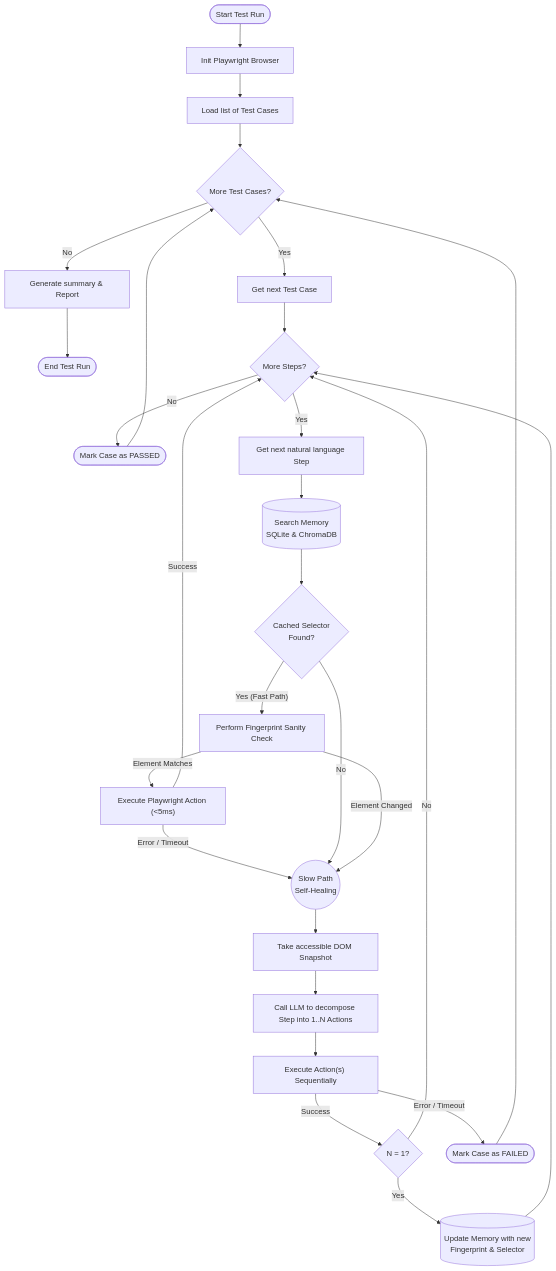
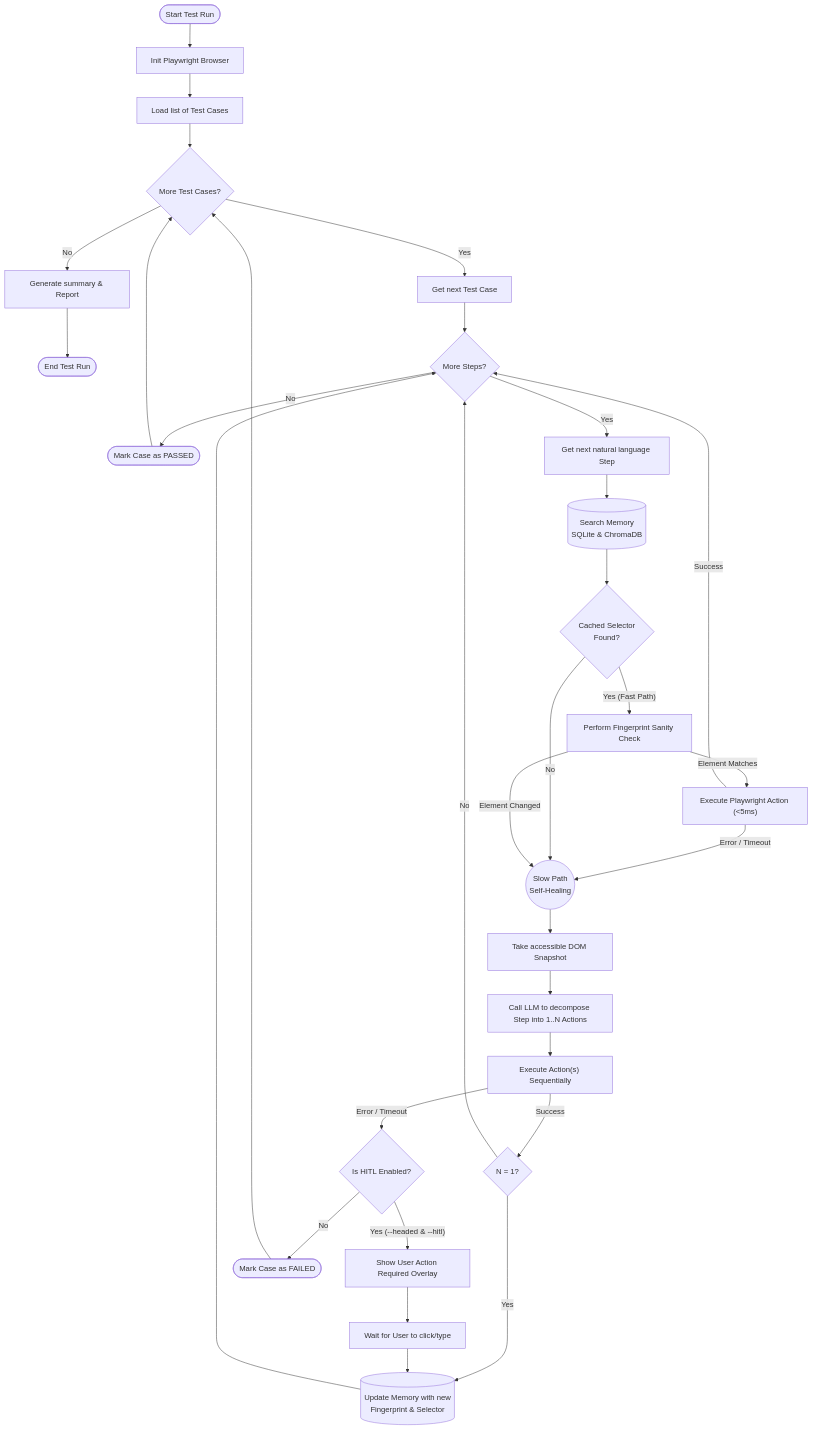
The second of 2 diagrams in docs/workflows.md (BrianLe188/ai-qa-agent), drawn with Mermaid before and after one commit. The commit also changed 12 other files, not shown here.

````diff
--- a/docs/workflows.md
+++ b/docs/workflows.md
@@ -30,40 +30,45 @@
 ```mermaid
 flowchart TD
     Start([Start Test Run]) --> InitBrowser[Init Playwright Browser]
     InitBrowser --> LoadTestCase[Load list of Test Cases]
 
     LoadTestCase --> LoopCases{More Test Cases?}
     LoopCases -- No --> GenerateReport[Generate summary & Report]
     GenerateReport --> End([End Test Run])
 
     LoopCases -- Yes --> PickCase[Get next Test Case]
     PickCase --> LoopSteps{More Steps?}
 
     LoopSteps -- No --> MarkCasePass([Mark Case as PASSED])
     MarkCasePass --> LoopCases
 
     LoopSteps -- Yes --> PickStep[Get next natural language Step]
     PickStep --> CheckMemory[(Search Memory<br/>SQLite & ChromaDB)]
 
     CheckMemory --> HasMemory{Cached Selector<br/>Found?}
     HasMemory -- "Yes (Fast Path)" --> FingerprintCheck[Perform Fingerprint Sanity Check]
 
     FingerprintCheck -- "Element Matches" --> ExecFast["Execute Playwright Action (<5ms)"]
     ExecFast -- Error / Timeout --> SlowPath[Fallback to Slow Path]
     ExecFast -- Success --> LoopSteps
 
     HasMemory -- No --> SlowPath
     FingerprintCheck -- "Element Changed" --> SlowPath
 
     SlowPath((Slow Path<br/>Self-Healing)) --> DOMSnapshot[Take accessible DOM Snapshot]
     DOMSnapshot --> CallLLM[Call LLM to decompose Step into 1..N Actions]
     CallLLM --> ExecSlow["Execute Action(s) Sequentially"]
 
     ExecSlow -- Success --> IsSingleAction{N = 1?}
     IsSingleAction -- Yes --> UpdateMemory[(Update Memory with new<br/>Fingerprint & Selector)]
     IsSingleAction -- No --> LoopSteps
     UpdateMemory --> LoopSteps
 
-    ExecSlow -- Error / Timeout --> MarkCaseFail([Mark Case as FAILED])
+    ExecSlow -- Error / Timeout --> IsHITL{Is HITL Enabled?}
+    IsHITL -- "Yes (--headed & --hitl)" --> ShowOverlay[Show User Action Required Overlay]
+    ShowOverlay --> WaitUser[Wait for User to click/type]
+    WaitUser --> UpdateMemory
+
+    IsHITL -- No --> MarkCaseFail([Mark Case as FAILED])
     MarkCaseFail --> LoopCases
 ```
````
